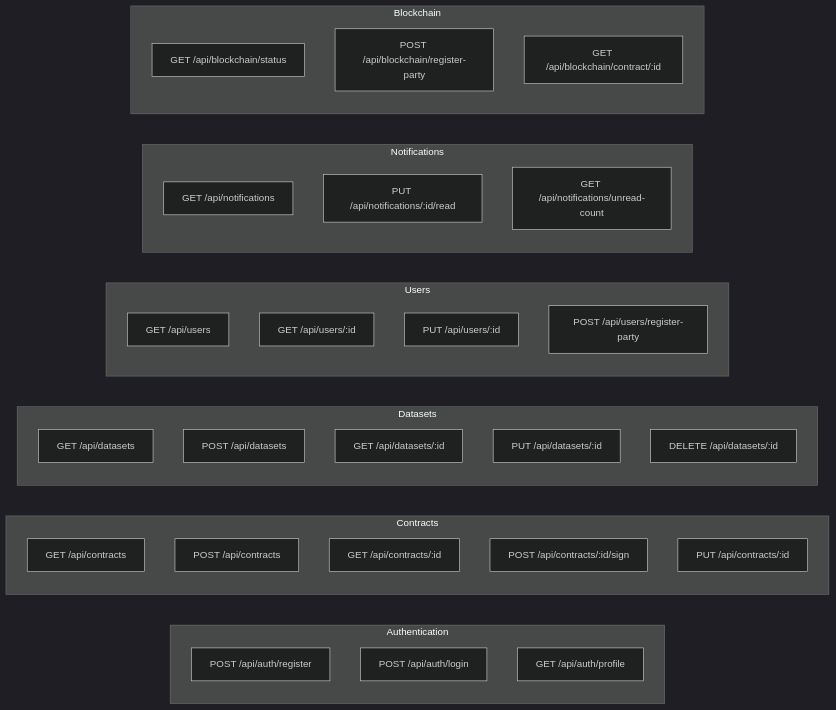
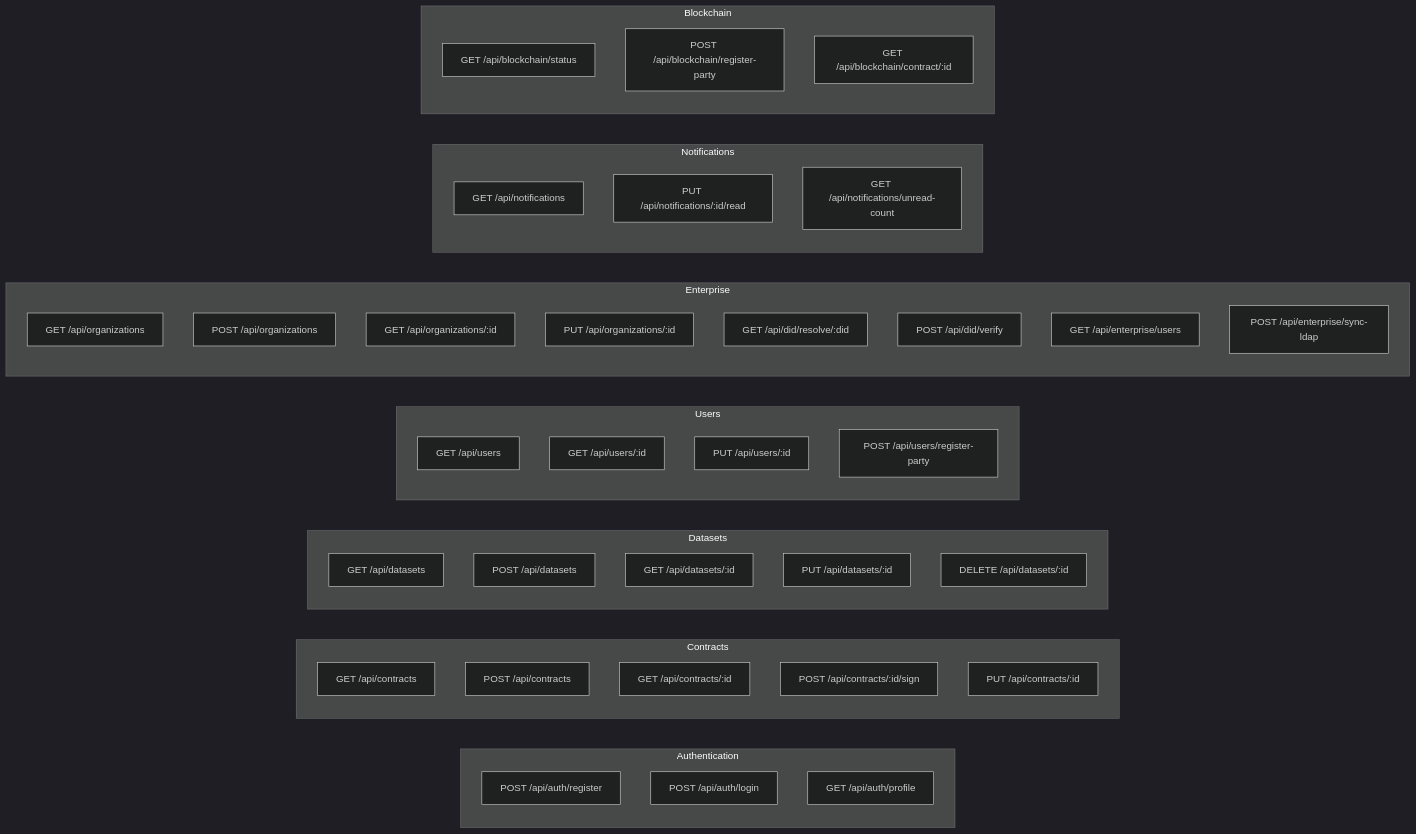
One commit to gitmujoshi/Confidential-AI-Network changed diagram 21 of 25 in ARCHITECTURE_GUIDE.md. Above: the diagram before and after it, drawn with Mermaid (dark theme). The commit also changed other lines of this file and 18 other files, not shown here.

Commit message:
docs: update all architecture and IAM docs for enterprise did:web strategy, add enterprise implementation guide

````diff
--- a/ARCHITECTURE_GUIDE.md
+++ b/ARCHITECTURE_GUIDE.md
@@ -651,43 +927,54 @@
 ```mermaid
 graph LR
     subgraph "Authentication"
         A1[POST /api/auth/register]
         A2[POST /api/auth/login]
         A3[GET /api/auth/profile]
     end
     
     subgraph "Contracts"
         C1[GET /api/contracts]
         C2[POST /api/contracts]
         C3[GET /api/contracts/:id]
         C4[POST /api/contracts/:id/sign]
         C5[PUT /api/contracts/:id]
     end
     
     subgraph "Datasets"
         D1[GET /api/datasets]
         D2[POST /api/datasets]
         D3[GET /api/datasets/:id]
         D4[PUT /api/datasets/:id]
         D5[DELETE /api/datasets/:id]
     end
     
     subgraph "Users"
         U1[GET /api/users]
         U2[GET /api/users/:id]
         U3[PUT /api/users/:id]
         U4[POST /api/users/register-party]
     end
     
+    subgraph "Enterprise"
+        E1[GET /api/organizations]
+        E2[POST /api/organizations]
+        E3[GET /api/organizations/:id]
+        E4[PUT /api/organizations/:id]
+        E5[GET /api/did/resolve/:did]
+        E6[POST /api/did/verify]
+        E7[GET /api/enterprise/users]
+        E8[POST /api/enterprise/sync-ldap]
+    end
+    
     subgraph "Notifications"
         N1[GET /api/notifications]
         N2[PUT /api/notifications/:id/read]
         N3[GET /api/notifications/unread-count]
     end
     
     subgraph "Blockchain"
         B1[GET /api/blockchain/status]
         B2[POST /api/blockchain/register-party]
         B3[GET /api/blockchain/contract/:id]
     end
 ```
````
